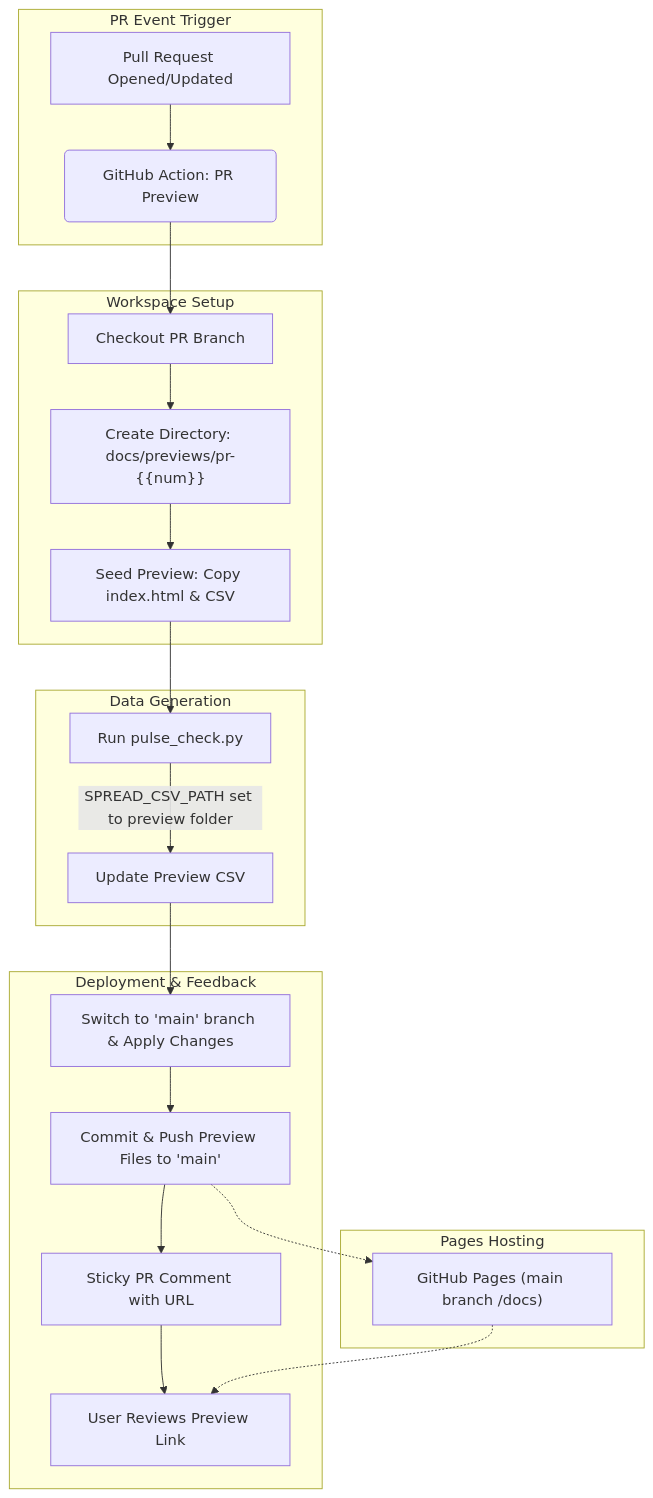
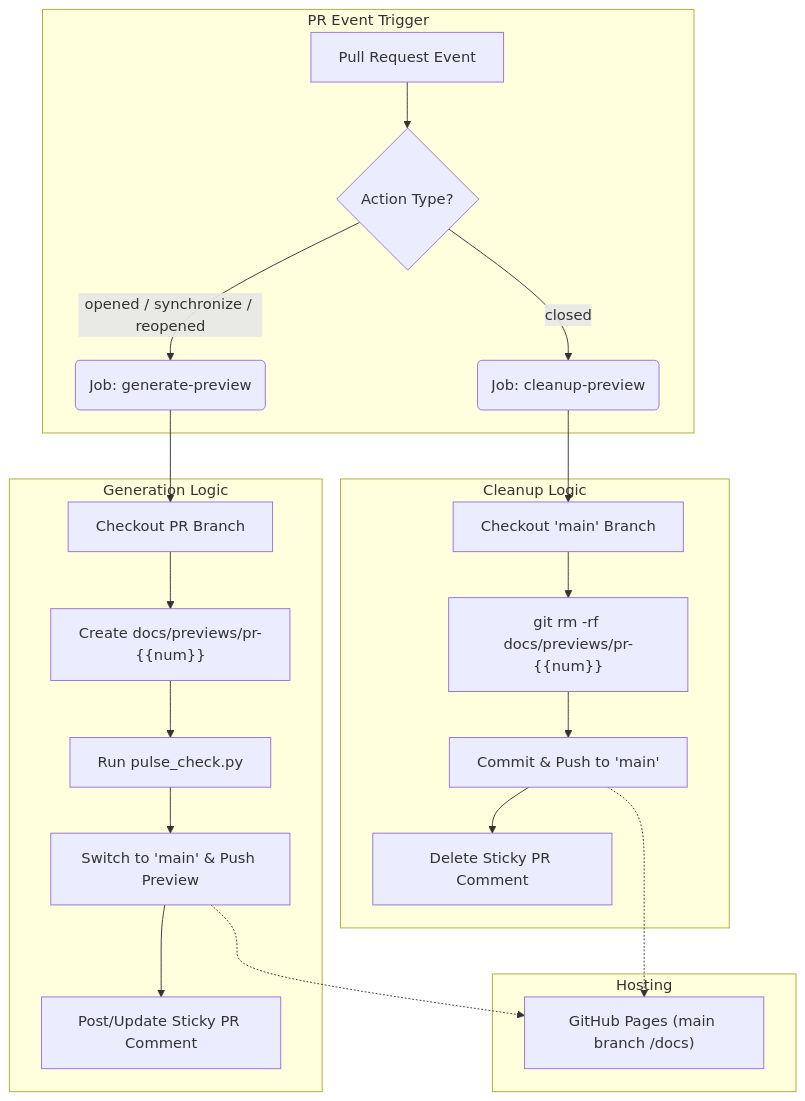
Before and after one commit to rnparker/Gemini-Sandbox: the diagram in pr_preview_flow.mmd, drawn with Mermaid. The commit also changed 1 other file, not shown here.

Commit message:
feat: add cleanup-preview job to PR Preview workflow

```diff
--- a/pr_preview_flow.mmd
+++ b/pr_preview_flow.mmd
@@ -1,27 +1,26 @@
 graph TD
     subgraph "PR Event Trigger"
-        A["Pull Request Opened/Updated"] --> B("GitHub Action: PR Preview")
+        A["Pull Request Event"] --> B{"Action Type?"}
+        B -- "opened / synchronize / reopened" --> C("Job: generate-preview")
+        B -- "closed" --> D("Job: cleanup-preview")
     end
 
-    subgraph "Workspace Setup"
-        B --> C["Checkout PR Branch"]
-        C --> D["Create Directory: docs/previews/pr-{{num}}"]
-        D --> E["Seed Preview: Copy index.html & CSV"]
+    subgraph "Generation Logic"
+        C --> C1["Checkout PR Branch"]
+        C1 --> C2["Create docs/previews/pr-{{num}}"]
+        C2 --> C3["Run pulse_check.py"]
+        C3 --> C4["Switch to 'main' & Push Preview"]
+        C4 --> C5["Post/Update Sticky PR Comment"]
     end
 
-    subgraph "Data Generation"
-        E --> F["Run pulse_check.py"]
-        F -- "SPREAD_CSV_PATH set to preview folder" --> G["Update Preview CSV"]
+    subgraph "Cleanup Logic"
+        D --> D1["Checkout 'main' Branch"]
+        D1 --> D2["git rm -rf docs/previews/pr-{{num}}"]
+        D2 --> D3["Commit & Push to 'main'"]
+        D3 --> D4["Delete Sticky PR Comment"]
     end
 
-    subgraph "Deployment & Feedback"
-        G --> H["Switch to 'main' branch & Apply Changes"]
-        H --> I["Commit & Push Preview Files to 'main'"]
-        I --> J["Sticky PR Comment with URL"]
-        J --> K["User Reviews Preview Link"]
+    subgraph "Hosting"
+        C4 -.-> E["GitHub Pages (main branch /docs)"]
+        D3 -.-> E
     end
-
-    subgraph "Pages Hosting"
-        I -.-> L["GitHub Pages (main branch /docs)"]
-        L -.-> K
-    end
```
